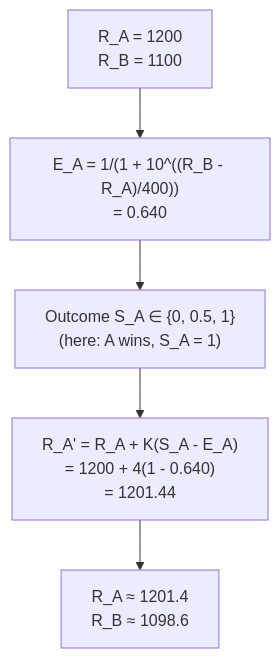
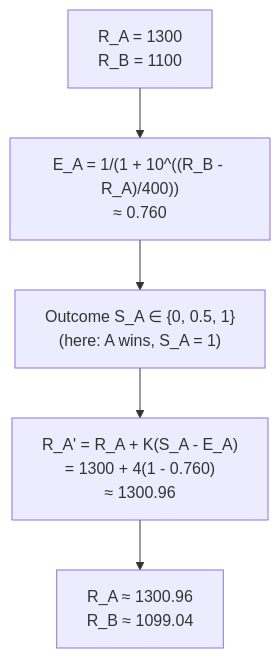
The second of 3 diagrams in learning-plan/lessons/d23-human-preference.md (netzer-git/AIEvalLearnPath), drawn with Mermaid before and after one commit. The commit also changed other lines of this file and 6 other files, not shown here.

````diff
--- a/learning-plan/lessons/d23-human-preference.md
+++ b/learning-plan/lessons/d23-human-preference.md
@@ -68,7 +105,7 @@
 ```mermaid
 flowchart TB
-    R1["R_A = 1200<br/>R_B = 1100"] --> E["E_A = 1/(1 + 10^((R_B - R_A)/400))<br/>= 0.640"]
+    R1["R_A = 1300<br/>R_B = 1100"] --> E["E_A = 1/(1 + 10^((R_B - R_A)/400))<br/>≈ 0.760"]
     E --> O["Outcome S_A ∈ {0, 0.5, 1}<br/>(here: A wins, S_A = 1)"]
-    O --> U["R_A' = R_A + K(S_A - E_A)<br/>= 1200 + 4(1 - 0.640)<br/>= 1201.44"]
-    U --> R2["R_A ≈ 1201.4<br/>R_B ≈ 1098.6"]
+    O --> U["R_A' = R_A + K(S_A - E_A)<br/>= 1300 + 4(1 - 0.760)<br/>≈ 1300.96"]
+    U --> R2["R_A ≈ 1300.96<br/>R_B ≈ 1099.04"]
 ```
````
